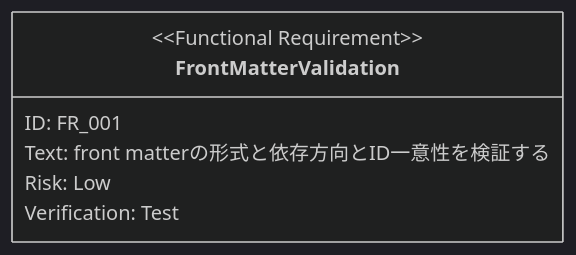
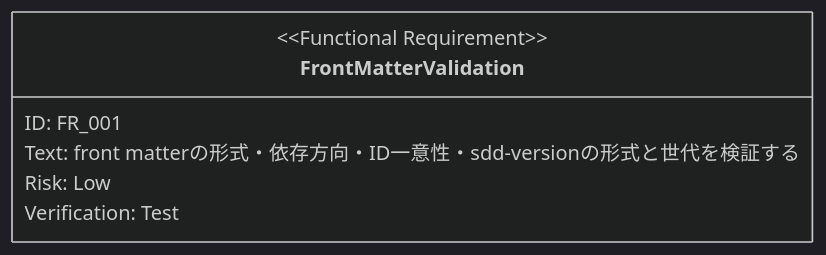
Before and after one commit to ToshikiImagawa/ai-sdd-workflow-dev: the second of 2 diagrams in .sdd/requirement/quality-guardrails/front-matter-validation.md, drawn with Mermaid. The commit also changed other lines of this file and 22 other files, not shown here.

````diff
--- a/.sdd/requirement/quality-guardrails/front-matter-validation.md
+++ b/.sdd/requirement/quality-guardrails/front-matter-validation.md
@@ -68,10 +71,10 @@
 ```mermaid
 %%{init: {'theme': 'dark'}}%%
 requirementDiagram
     functionalRequirement FrontMatterValidation {
         id: FR_001
-        text: "front matterの形式と依存方向とID一意性を検証する"
+        text: "front matterの形式・依存方向・ID一意性・sdd-versionの形式と世代を検証する"
         risk: low
         verifymethod: test
     }
 ```
````
